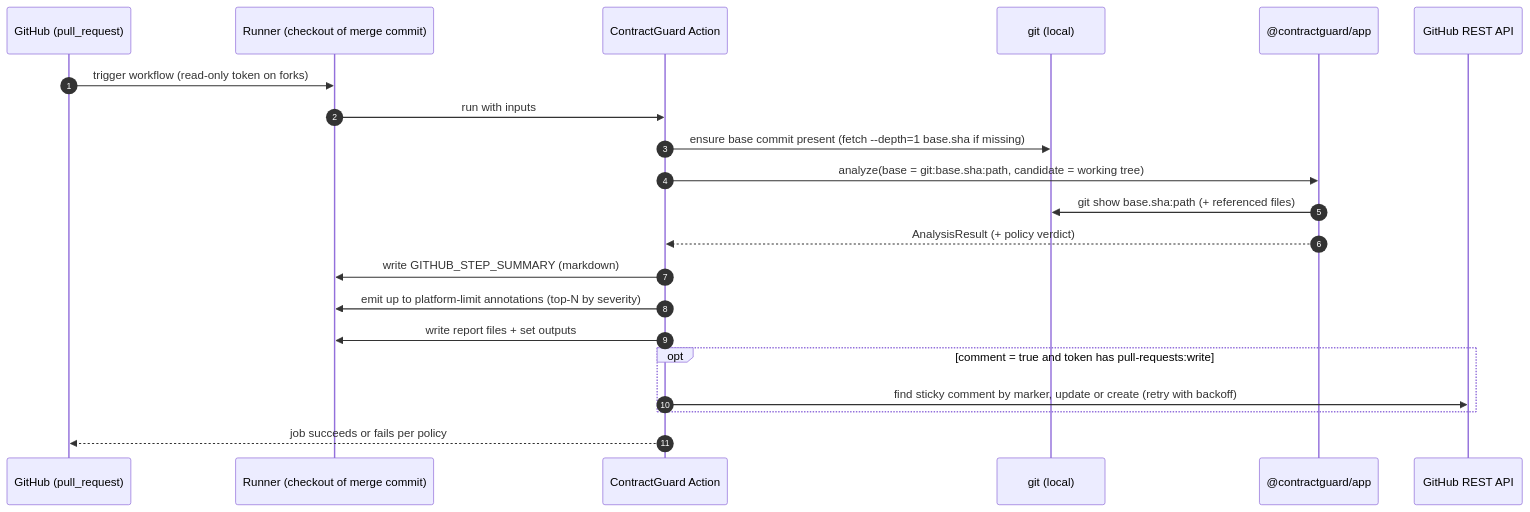
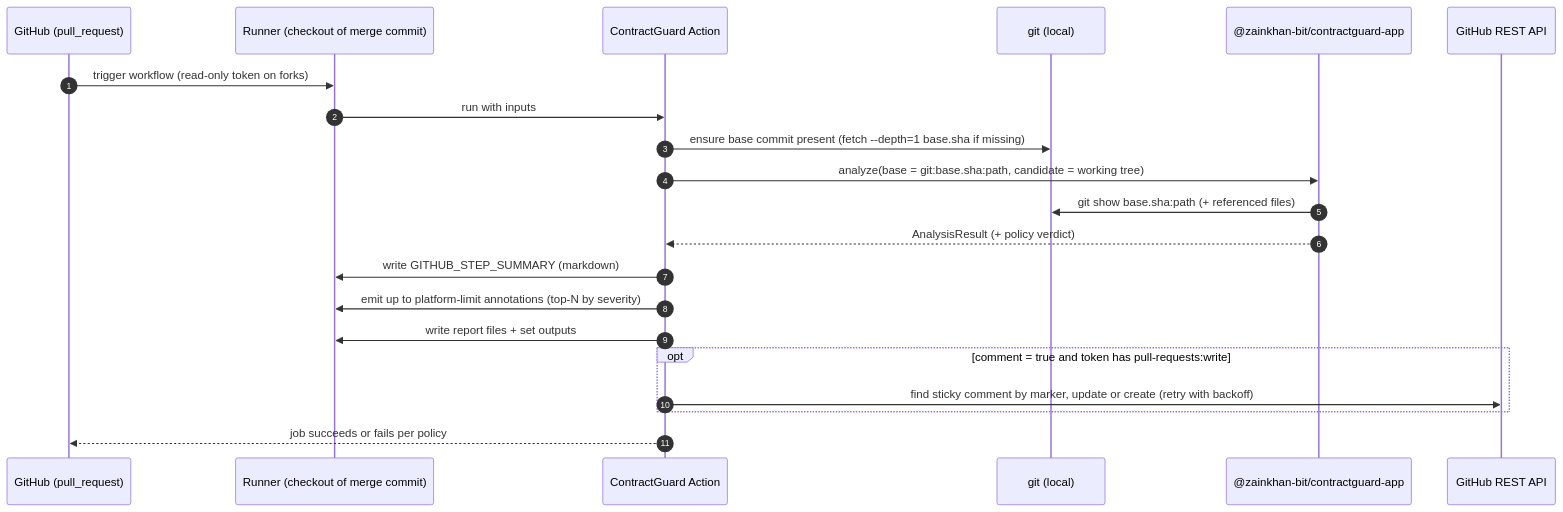
Before and after one commit to zainkhan-bit/ContractGuard: the fifth of 7 diagrams in docs/architecture/BLUEPRINT.md, drawn with Mermaid. The commit also changed other lines of this file and 103 other files, not shown here.

First line of the commit message:
chore: publish libraries under @zainkhan-bit/contractguard-*

````diff
--- a/docs/architecture/BLUEPRINT.md
+++ b/docs/architecture/BLUEPRINT.md
@@ -616,23 +616,23 @@
 ```mermaid
 sequenceDiagram
   autonumber
   participant GH as GitHub (pull_request)
   participant R as Runner (checkout of merge commit)
   participant A as ContractGuard Action
   participant G as git (local)
-  participant APP as @contractguard/app
+  participant APP as @zainkhan-bit/contractguard-app
   participant API as GitHub REST API
   GH->>R: trigger workflow (read-only token on forks)
   R->>A: run with inputs
   A->>G: ensure base commit present (fetch --depth=1 base.sha if missing)
   A->>APP: analyze(base = git:base.sha:path, candidate = working tree)
   APP->>G: git show base.sha:path (+ referenced files)
   APP-->>A: AnalysisResult (+ policy verdict)
   A->>R: write GITHUB_STEP_SUMMARY (markdown)
   A->>R: emit up to platform-limit annotations (top-N by severity)
   A->>R: write report files + set outputs
   opt comment = true and token has pull-requests:write
     A->>API: find sticky comment by marker, update or create (retry with backoff)
   end
   A-->>GH: job succeeds or fails per policy
 ```
````
